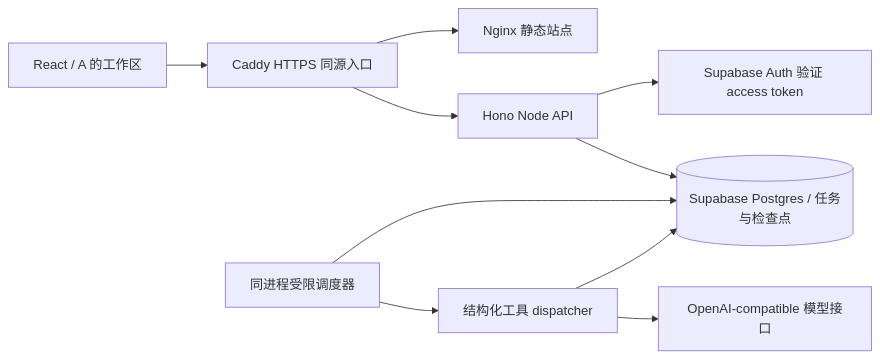
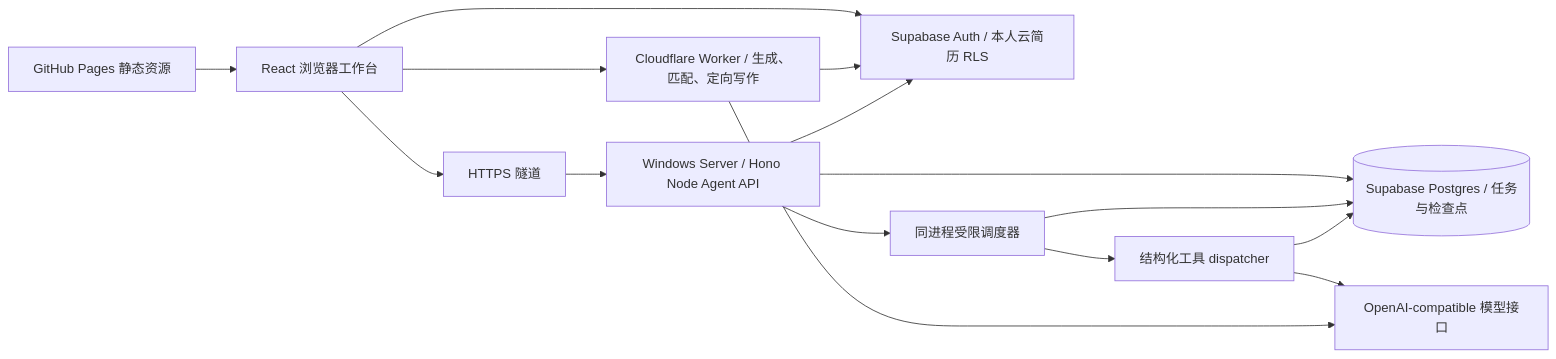
The diagram in docs/competition/architecture.md (Amorsum/ResuLab), drawn with Mermaid before and after one commit. The commit also changed other lines of this file and 11 other files, not shown here.

````diff
--- a/docs/competition/architecture.md
+++ b/docs/competition/architecture.md
@@ -5,12 +5,17 @@
 ```mermaid
 flowchart LR
-  A[React / A 的工作区] --> C[Caddy HTTPS 同源入口]
-  C --> F[Nginx 静态站点]
-  C --> B[Hono Node API]
-  B --> U[Supabase Auth 验证 access token]
+  G[GitHub Pages 静态资源] --> A[React 浏览器工作台]
+  A --> W[Cloudflare Worker / 生成、匹配、定向写作]
+  A --> H[HTTPS 隧道]
+  H --> B[Windows Server / Hono Node Agent API]
+  A --> U[Supabase Auth / 本人云简历 RLS]
+  W --> U
+  B --> U
   B --> D[(Supabase Postgres / 任务与检查点)]
+  B --> S[同进程受限调度器]
   S[同进程受限调度器] --> D
   S --> P[结构化工具 dispatcher]
   P --> M[OpenAI-compatible 模型接口]
+  W --> M
   P --> D
 ```
````
